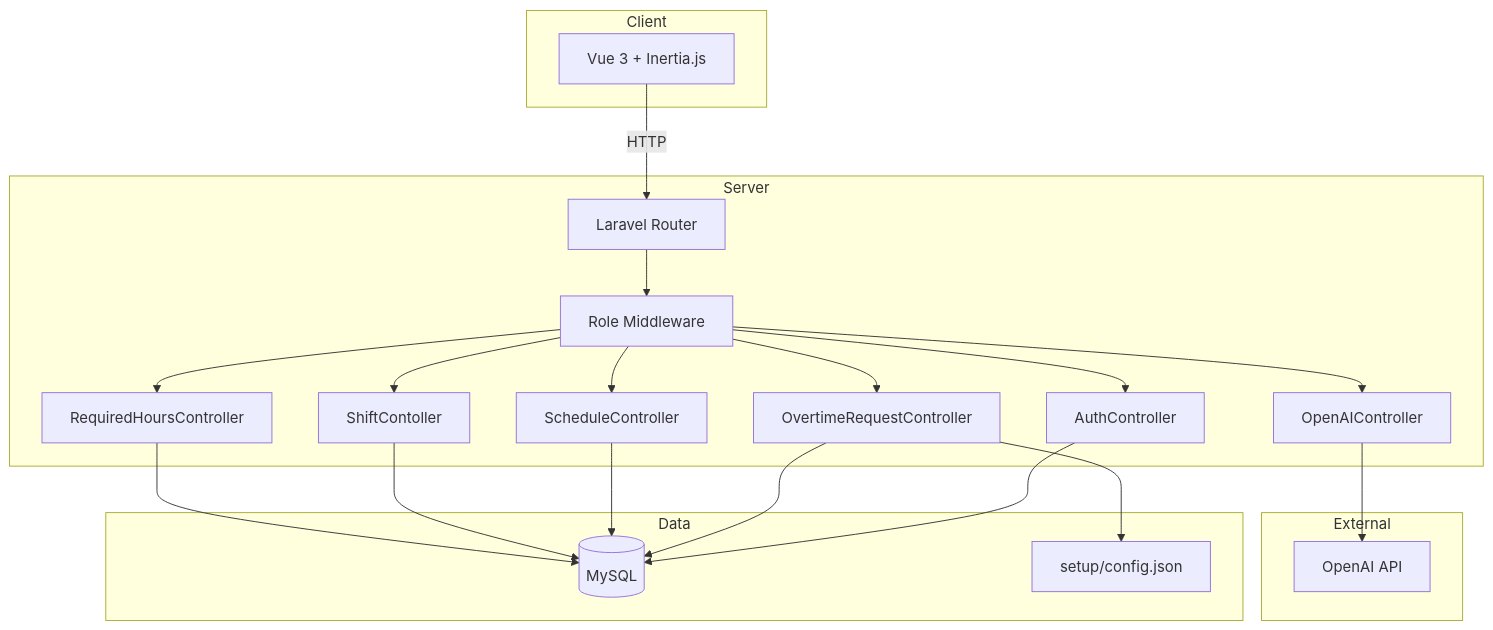
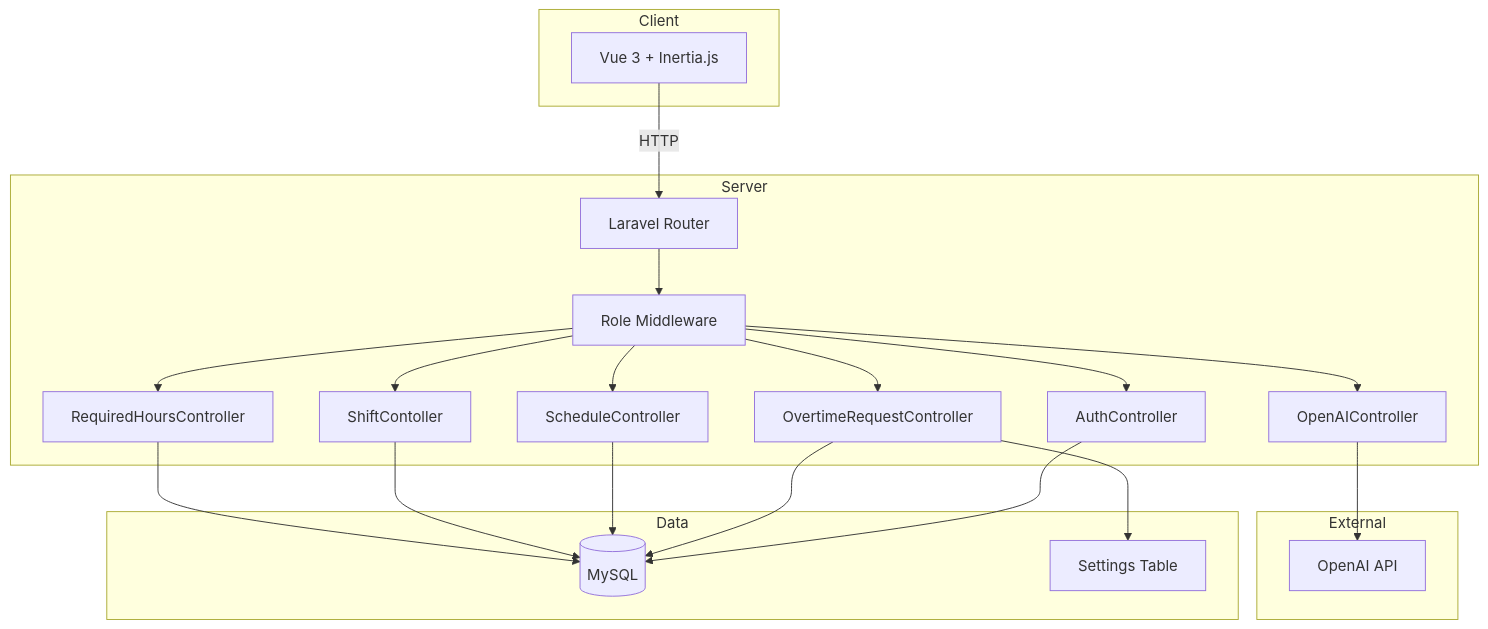
The first of 9 diagrams in docs/ARCHITECTURE.md (marksxiety/timetrack-pro), drawn with Mermaid before and after one commit. The commit also changed other lines of this file, not shown here.

Commit message:
docs: update architecture diagram to use settings table and clarify admin role

````diff
--- a/docs/ARCHITECTURE.md
+++ b/docs/ARCHITECTURE.md
@@ -5,42 +5,42 @@
 ```mermaid
 graph TD
     subgraph Client
         Browser["Vue 3 + Inertia.js"]
     end
 
     subgraph Server
         Router["Laravel Router"]
         Middleware["Role Middleware"]
         Auth["AuthController"]
         OT["OvertimeRequestController"]
         Schedule["ScheduleController"]
         Shift["ShiftContoller"]
         Hours["RequiredHoursController"]
         AI["OpenAIController"]
     end
 
     subgraph Data
         DB[("MySQL")]
-        Config["setup/config.json"]
+        Config["Settings Table"]
     end
 
     subgraph External
         OpenAI["OpenAI API"]
     end
 
     Browser -->|"HTTP"| Router
     Router --> Middleware
     Middleware --> Auth
     Middleware --> OT
     Middleware --> Schedule
     Middleware --> Shift
     Middleware --> Hours
     Middleware --> AI
     Auth --> DB
     OT --> DB
     Schedule --> DB
     Shift --> DB
     Hours --> DB
     AI --> OpenAI
     OT --> Config
 ```
````
